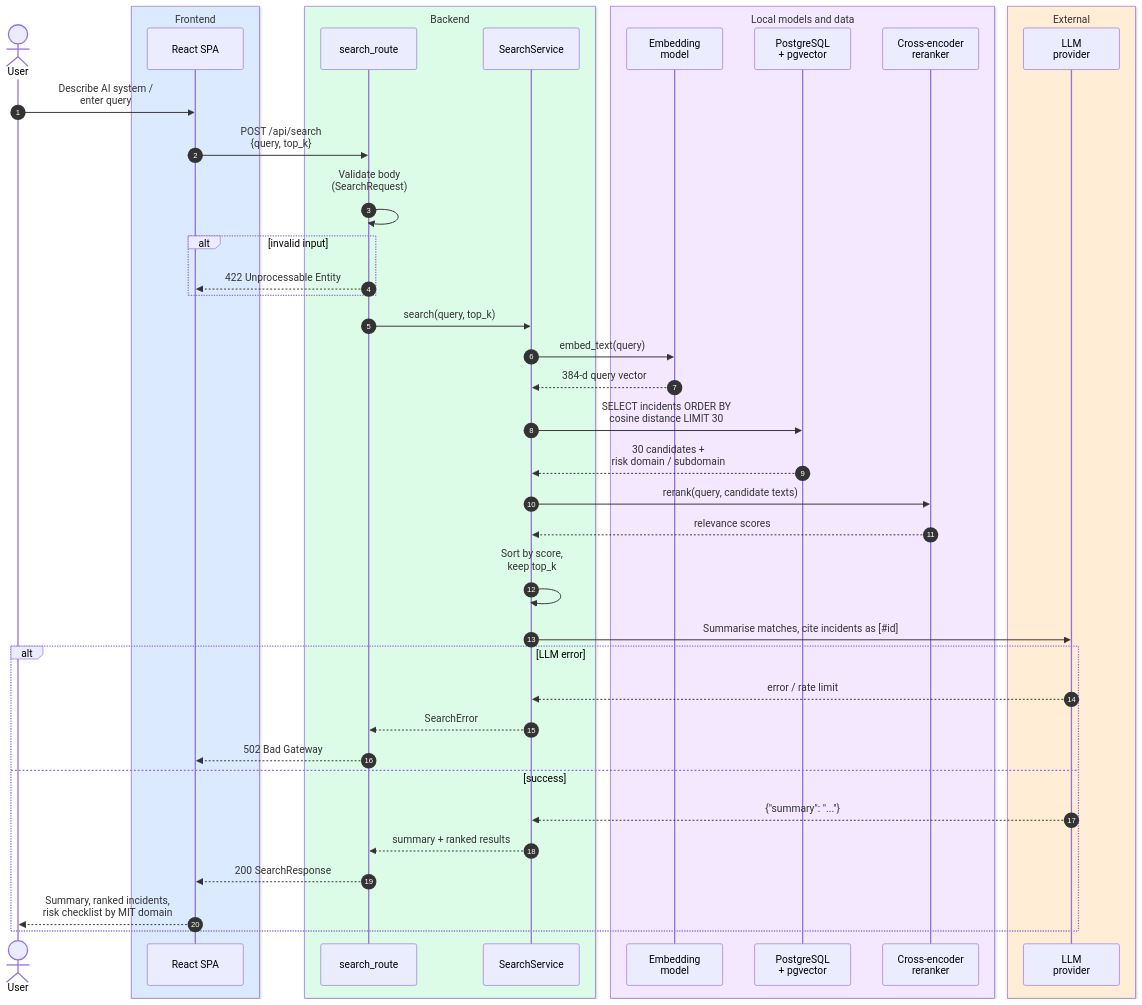
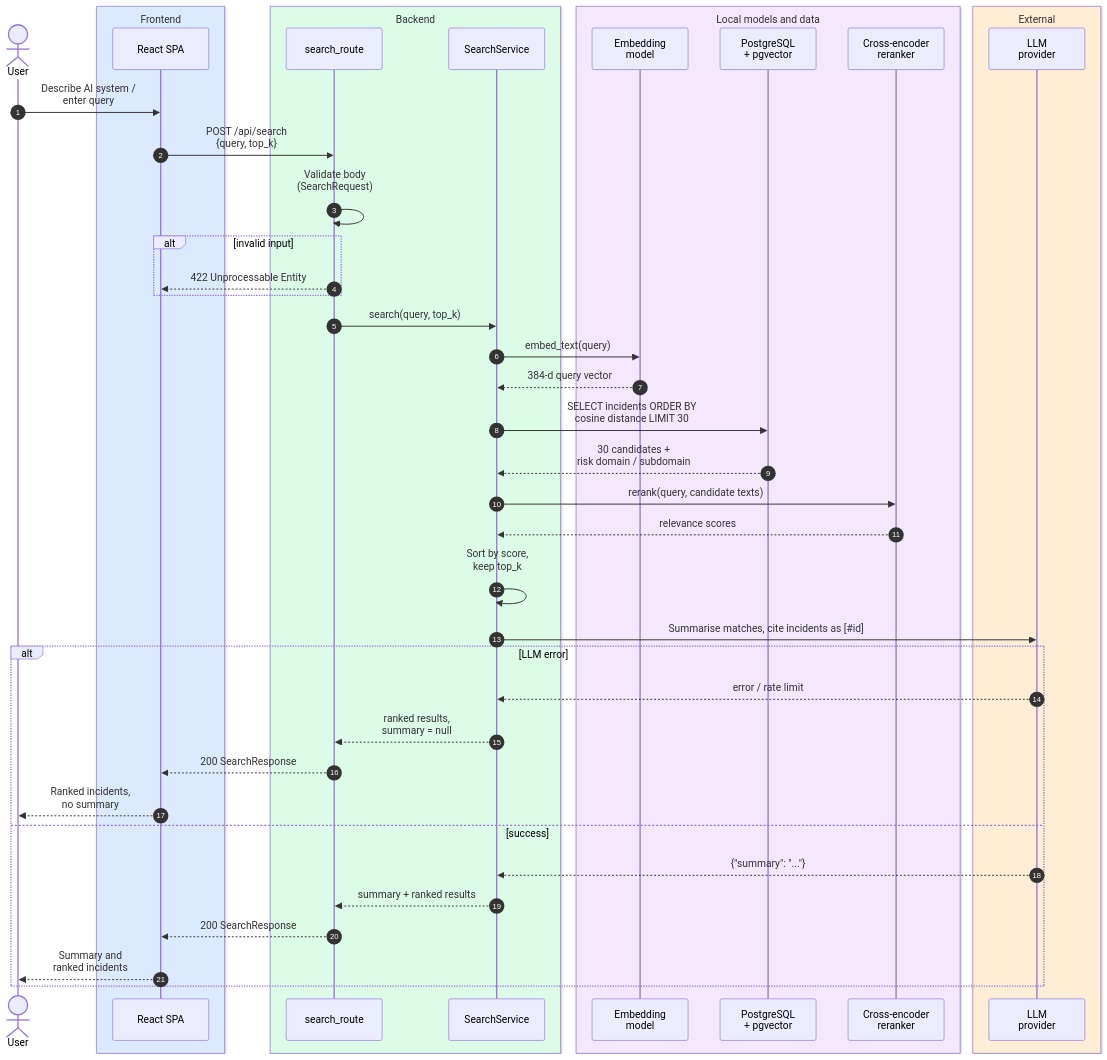
Before and after one commit to Nandan1436/AIRiskWatch: the diagram in SRS_Final/diagrams/fig03_seq_search.mmd, drawn with Mermaid. The commit also changed 10 other files, not shown here.

```diff
--- a/SRS_Final/diagrams/fig03_seq_search.mmd
+++ b/SRS_Final/diagrams/fig03_seq_search.mmd
@@ -1,44 +1,45 @@
 sequenceDiagram
     autonumber
     actor U as User
     box rgb(219,234,254) Frontend
         participant SPA as React SPA
     end
     box rgb(220,252,231) Backend
         participant R as search_route
         participant S as SearchService
     end
     box rgb(243,232,255) Local models and data
         participant E as Embedding<br/>model
         participant DB as PostgreSQL<br/>+ pgvector
         participant RR as Cross-encoder<br/>reranker
     end
     box rgb(255,237,213) External
         participant L as LLM<br/>provider
     end
 
     U->>SPA: Describe AI system /<br/>enter query
     SPA->>R: POST /api/search<br/>{query, top_k}
     R->>R: Validate body<br/>(SearchRequest)<br/>#nbsp;
     alt invalid input
         R-->>SPA: 422 Unprocessable Entity
     end
     R->>S: search(query, top_k)
     S->>E: embed_text(query)
     E-->>S: 384-d query vector
     S->>DB: SELECT incidents ORDER BY<br/>cosine distance LIMIT 30
     DB-->>S: 30 candidates +<br/>risk domain / subdomain
     S->>RR: rerank(query, candidate texts)
     RR-->>S: relevance scores
     S->>S: Sort by score,<br/>keep top_k<br/>#nbsp;
     S->>L: Summarise matches, cite incidents as [#35;id]
     alt LLM error
         L-->>S: error / rate limit
-        S-->>R: SearchError
-        R-->>SPA: 502 Bad Gateway
+        S-->>R: ranked results,<br/>summary = null
+        R-->>SPA: 200 SearchResponse
+        SPA-->>U: Ranked incidents,<br/>no summary
     else success
         L-->>S: {"summary": "..."}
         S-->>R: summary + ranked results
         R-->>SPA: 200 SearchResponse
-        SPA-->>U: Summary, ranked incidents,<br/>risk checklist by MIT domain
+        SPA-->>U: Summary and<br/>ranked incidents
     end
```
